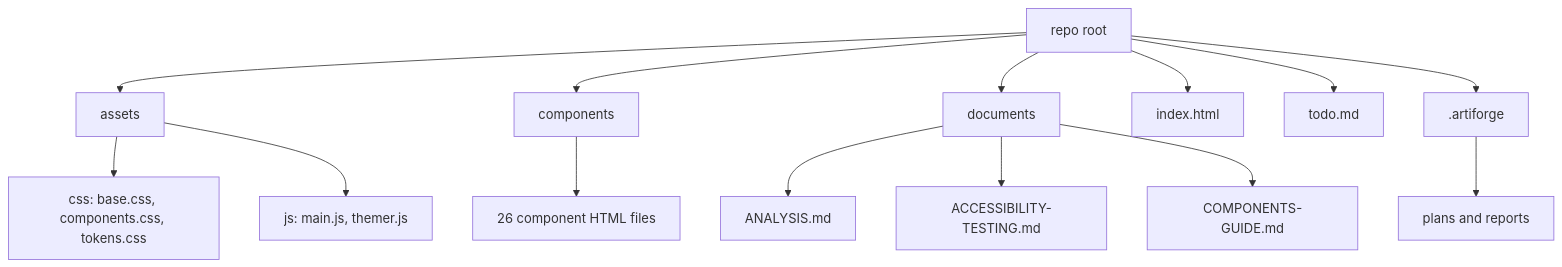
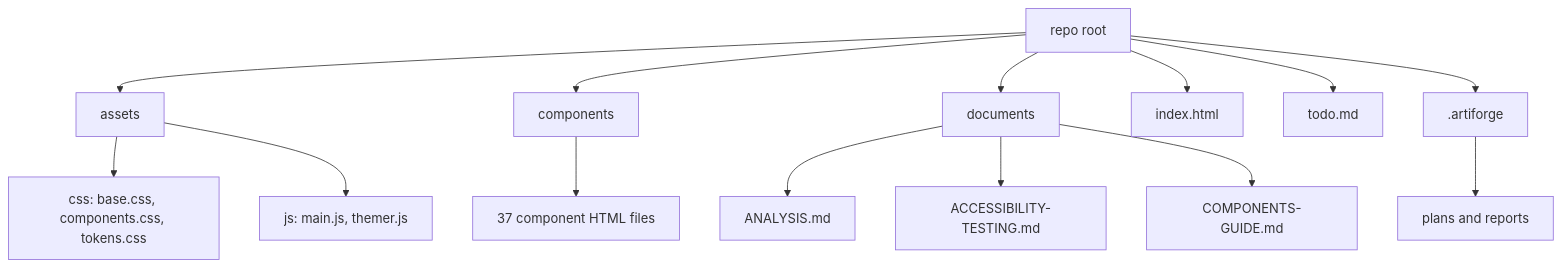
Before and after one commit to stefanochermazts/AccessibleComponents: the diagram in README.md, drawn with Mermaid. The commit also changed other lines of this file and 15 other files, not shown here.

````diff
--- a/README.md
+++ b/README.md
@@ -28,16 +28,16 @@
 ```mermaid
 graph TD
   ROOT[repo root] --> ASSETS[assets]
   ROOT --> COMPONENTS[components]
   ROOT --> DOCS[documents]
   ROOT --> INDEX[index.html]
   ROOT --> TODO[todo.md]
   ROOT --> ARTIFORGE[.artiforge]
   ASSETS --> CSS[css: base.css, components.css, tokens.css]
   ASSETS --> JS[js: main.js, themer.js]
-  COMPONENTS --> CFILES[26 component HTML files]
+  COMPONENTS --> CFILES[37 component HTML files]
   DOCS --> ANALYSIS[ANALYSIS.md]
   DOCS --> AT[ACCESSIBILITY-TESTING.md]
   DOCS --> CG[COMPONENTS-GUIDE.md]
   ARTIFORGE --> PLANS[plans and reports]
 ```
````
